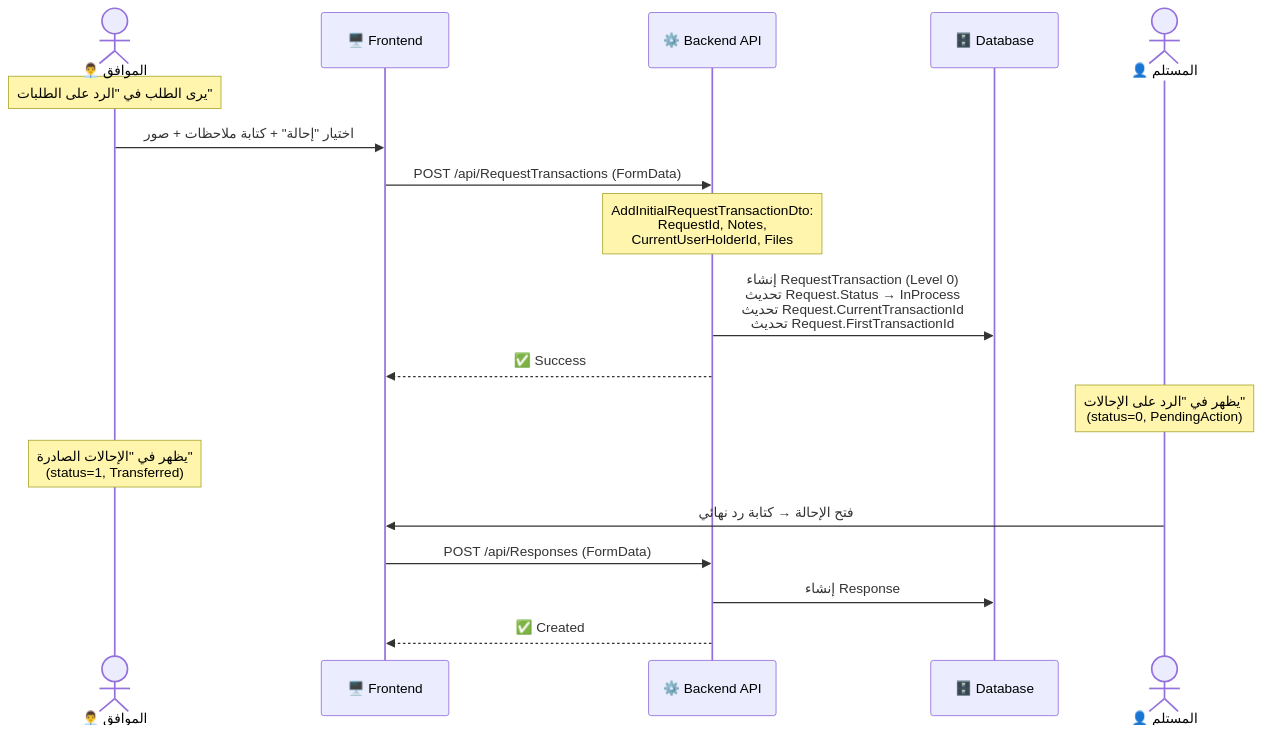
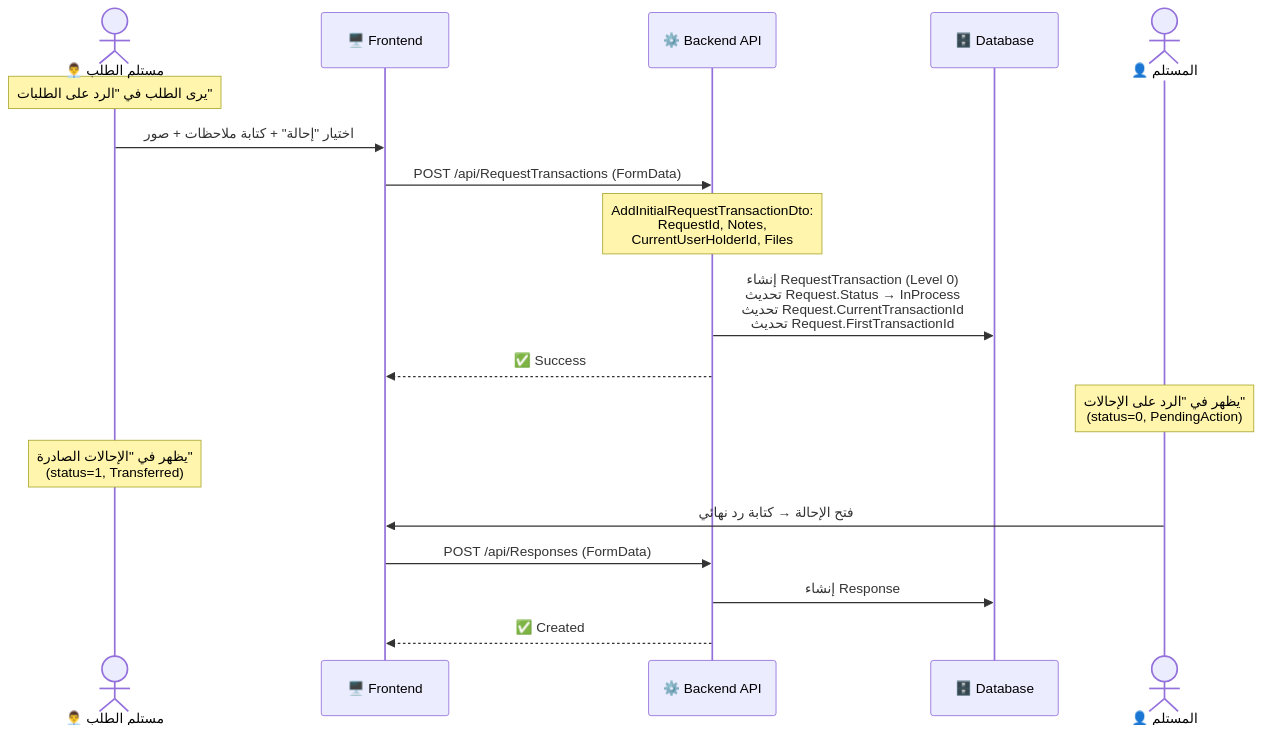
Before and after one commit to MohammedRamiAlzend/ModernPaySystem: the fourth of 7 diagrams in request-lifecycle-guide.md, drawn with Mermaid. The commit also changed other lines of this file, not shown here.

Commit message:
docs: update request lifecycle documentation to reflect recent architectural changes

````diff
--- a/request-lifecycle-guide.md
+++ b/request-lifecycle-guide.md
@@ -144,23 +144,23 @@
 ```mermaid
 sequenceDiagram
-    actor موافق as 👨‍💼 الموافق
+    actor موافق as 👨‍💼 مستلم الطلب
     participant FE as 🖥️ Frontend
     participant API as ⚙️ Backend API
     participant DB as 🗄️ Database
     actor مستلم as 👤 المستلم
 
     Note over موافق: يرى الطلب في "الرد على الطلبات"
     موافق->>FE: اختيار "إحالة" + كتابة ملاحظات + صور
     FE->>API: POST /api/RequestTransactions (FormData)
     Note over API: AddInitialRequestTransactionDto:<br/>RequestId, Notes,<br/>CurrentUserHolderId, Files
     API->>DB: إنشاء RequestTransaction (Level 0)<br/>تحديث Request.Status → InProcess<br/>تحديث Request.CurrentTransactionId<br/>تحديث Request.FirstTransactionId
     API-->>FE: ✅ Success
 
     Note over مستلم: يظهر في "الرد على الإحالات"<br/>(status=0, PendingAction)
     Note over موافق: يظهر في "الإحالات الصادرة"<br/>(status=1, Transferred)
 
     مستلم->>FE: فتح الإحالة → كتابة رد نهائي
     FE->>API: POST /api/Responses (FormData)
     API->>DB: إنشاء Response
     API-->>FE: ✅ Created
 ```
````
